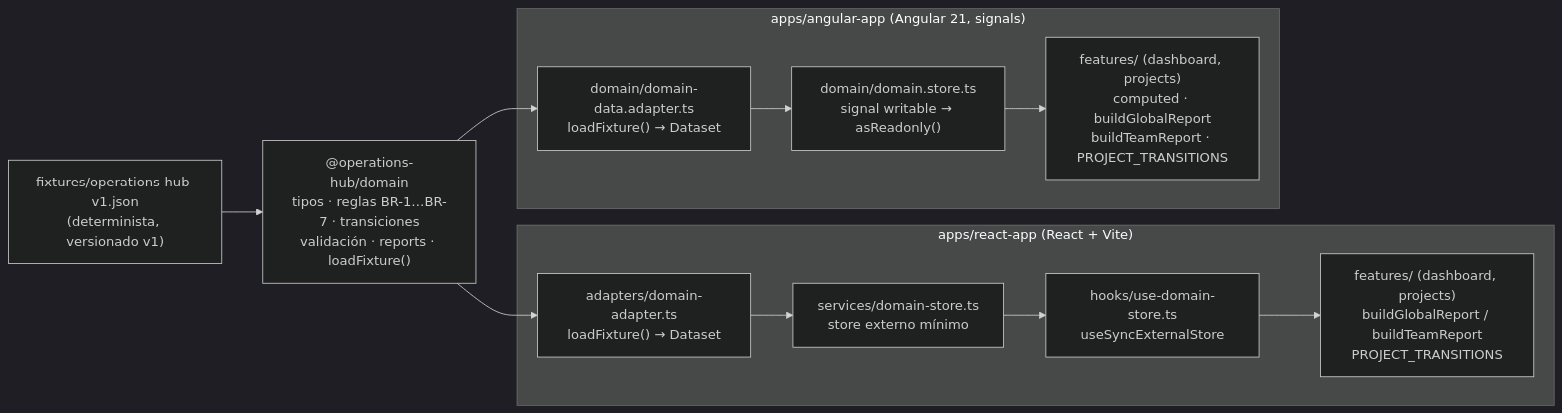
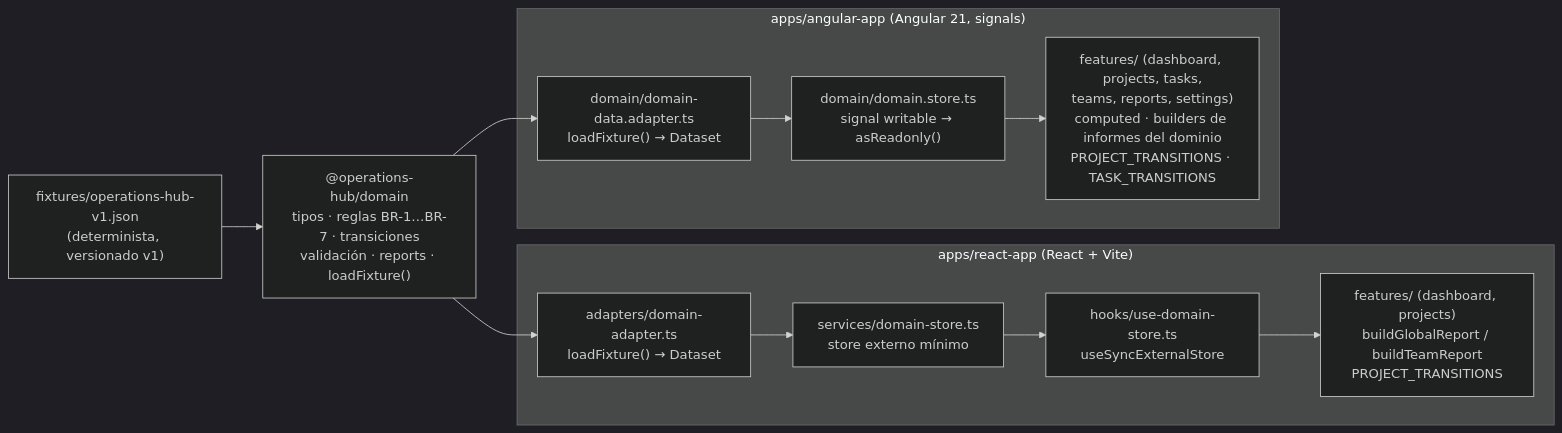
Before and after one commit to mgutbor/frontend-architecture-lab: the diagram in docs/architecture/frontend-architecture.md, drawn with Mermaid (dark theme). The commit also changed other lines of this file and 68 other files, not shown here.

````diff
--- a/docs/architecture/frontend-architecture.md
+++ b/docs/architecture/frontend-architecture.md
@@ -57,24 +61,24 @@
 ```mermaid
 flowchart LR
     FIX["fixtures/operations-hub-v1.json<br/>(determinista, versionado v1)"]
     DOM["@operations-hub/domain<br/>tipos · reglas BR-1…BR-7 · transiciones<br/>validación · reports · loadFixture()"]
 
     subgraph REACT["apps/react-app (React + Vite)"]
         RAD["adapters/domain-adapter.ts<br/>loadFixture() → Dataset"]
         RST["services/domain-store.ts<br/>store externo mínimo"]
         RH["hooks/use-domain-store.ts<br/>useSyncExternalStore"]
         RUI["features/ (dashboard, projects)<br/>buildGlobalReport / buildTeamReport<br/>PROJECT_TRANSITIONS"]
     end
 
     subgraph ANG["apps/angular-app (Angular 21, signals)"]
         AAD["domain/domain-data.adapter.ts<br/>loadFixture() → Dataset"]
         AST["domain/domain.store.ts<br/>signal writable → asReadonly()"]
-        AUI["features/ (dashboard, projects)<br/>computed · buildGlobalReport<br/>buildTeamReport · PROJECT_TRANSITIONS"]
+        AUI["features/ (dashboard, projects, tasks,<br/>teams, reports, settings)<br/>computed · builders de informes del dominio<br/>PROJECT_TRANSITIONS · TASK_TRANSITIONS"]
     end
 
     FIX --> DOM
     DOM --> RAD
     RAD --> RST --> RH --> RUI
     DOM --> AAD
     AAD --> AST --> AUI
 ```
````
